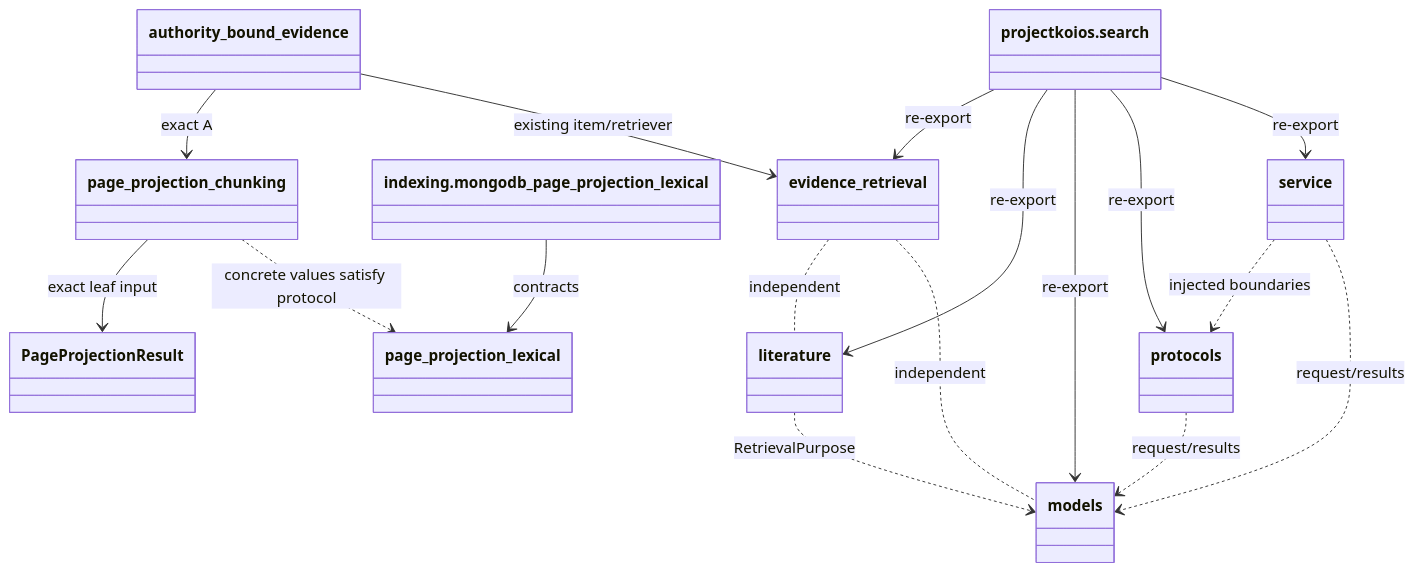
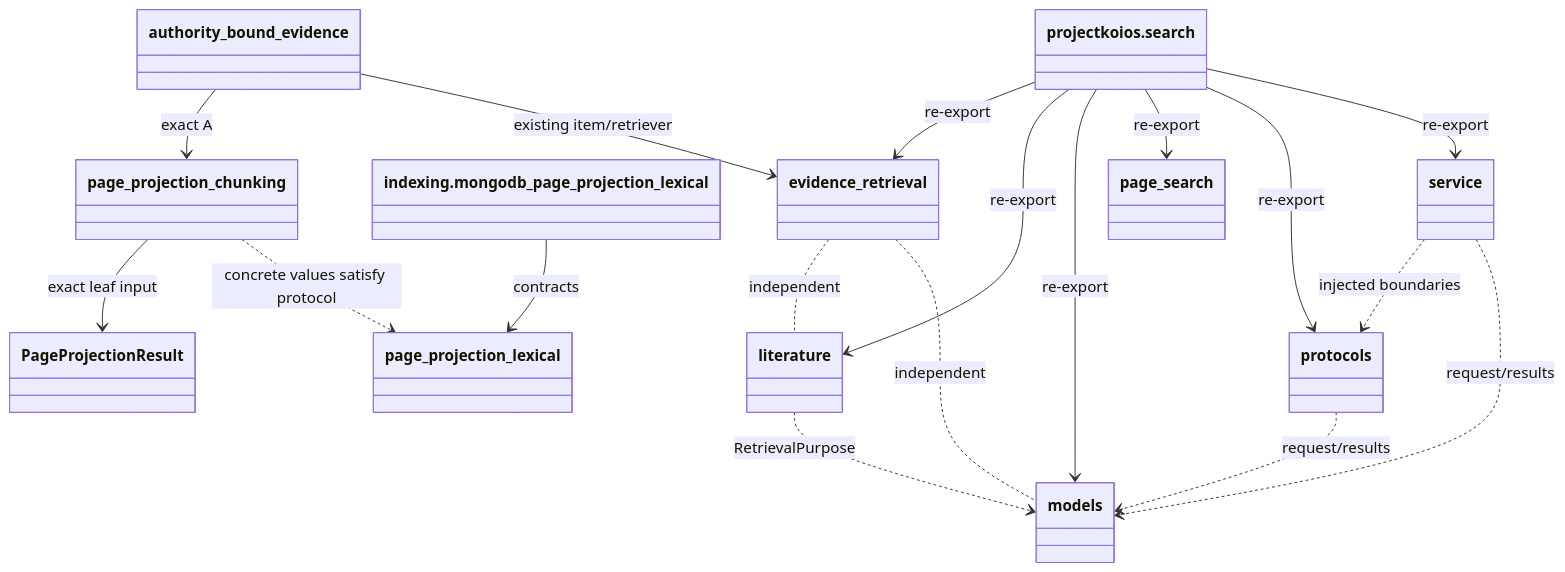
One commit to eragasa/projectkoios-search changed the diagram in docs/architecture/projectkoios/search/implementation.md. Above: the diagram before and after it, drawn with Mermaid. The commit also changed other lines of this file and 27 other files, not shown here.

Commit message:
feat(search): add typed physical-page FTS index

````diff
--- a/docs/architecture/projectkoios/search/implementation.md
+++ b/docs/architecture/projectkoios/search/implementation.md
@@ -11,31 +11,33 @@
 ```mermaid
 classDiagram
     class SearchFacade["projectkoios.search"]
     class PageProjectionChunkingModule["page_projection_chunking"]
     class PageProjectionResult
     class PageProjectionLexicalModule["page_projection_lexical"]
     class MongoLexicalModule["indexing.mongodb_page_projection_lexical"]
     class EvidenceRetrievalModule["evidence_retrieval"]
     class AuthorityBoundEvidenceModule["authority_bound_evidence"]
     class LiteratureModule["literature"]
     class ModelsModule["models"]
+    class PageSearchModule["page_search"]
     class ProtocolsModule["protocols"]
     class ServiceModule["service"]
 
     PageProjectionChunkingModule --> PageProjectionResult : exact leaf input
     PageProjectionChunkingModule ..> PageProjectionLexicalModule : concrete values satisfy protocol
     AuthorityBoundEvidenceModule --> PageProjectionChunkingModule : exact A
     AuthorityBoundEvidenceModule --> EvidenceRetrievalModule : existing item/retriever
     MongoLexicalModule --> PageProjectionLexicalModule : contracts
     SearchFacade --> EvidenceRetrievalModule : re-export
     SearchFacade --> LiteratureModule : re-export
     SearchFacade --> ModelsModule : re-export
+    SearchFacade --> PageSearchModule : re-export
     SearchFacade --> ProtocolsModule : re-export
     SearchFacade --> ServiceModule : re-export
     LiteratureModule ..> ModelsModule : RetrievalPurpose
     ProtocolsModule ..> ModelsModule : request/results
     ServiceModule ..> ProtocolsModule : injected boundaries
     ServiceModule ..> ModelsModule : request/results
     EvidenceRetrievalModule .. LiteratureModule : independent
     EvidenceRetrievalModule .. ModelsModule : independent
 ```
````
